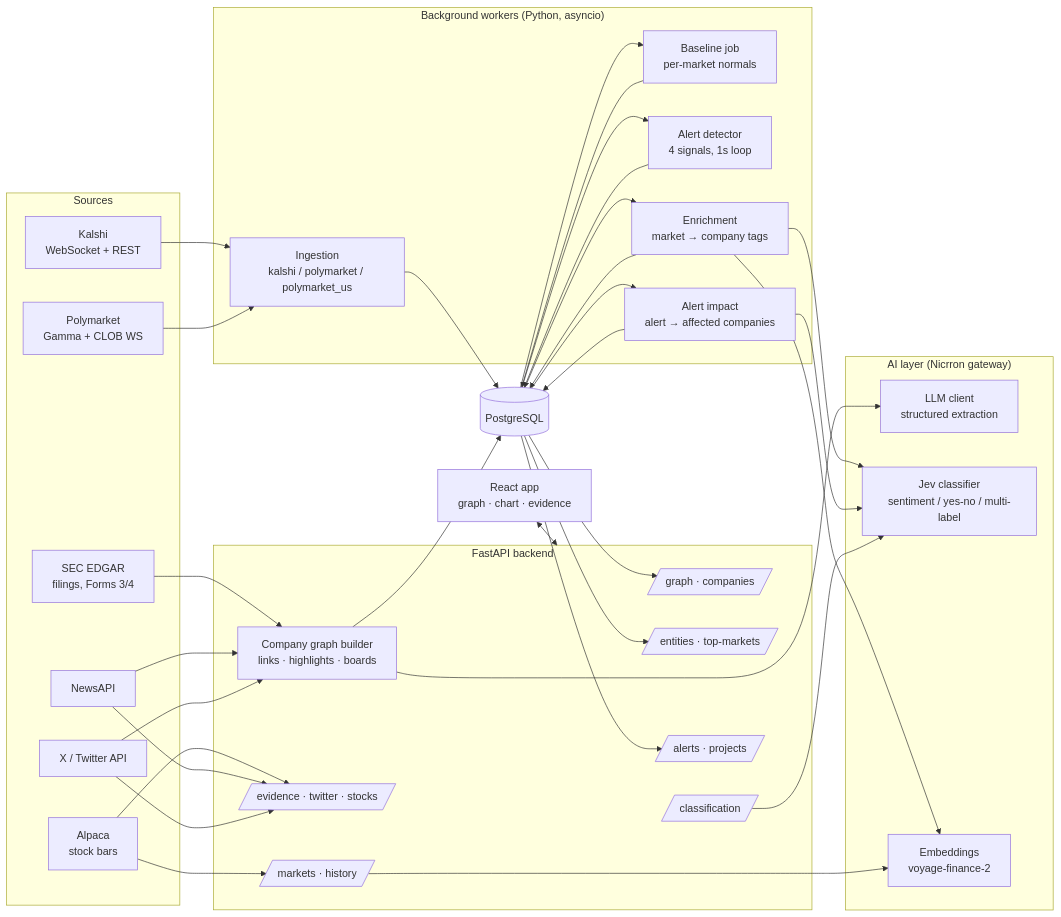
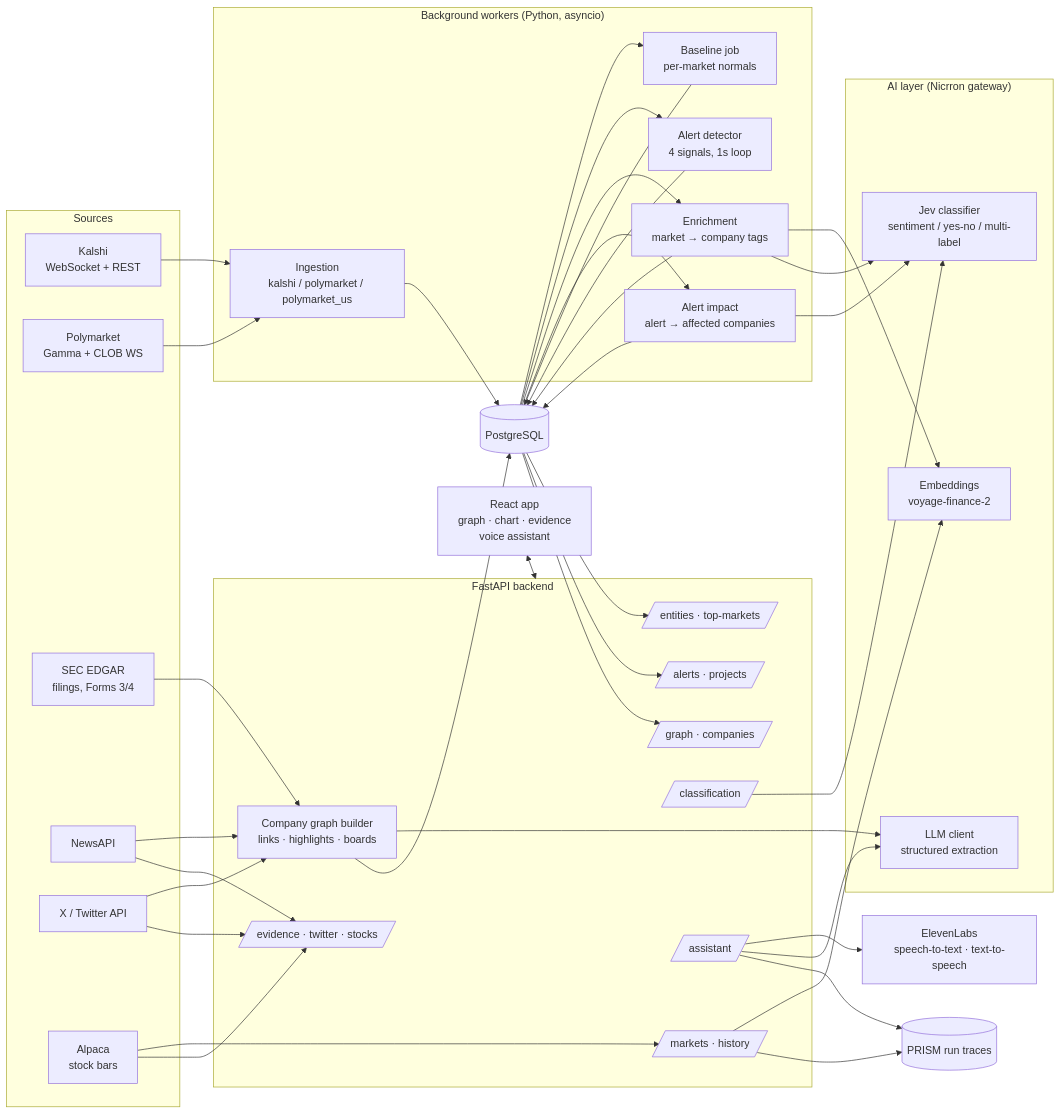
Before and after one commit to 7dracoder/WhatsPoppin: the first of 2 diagrams in README.md, drawn with Mermaid. The commit also changed other lines of this file and 34 other files, not shown here.

First line of the commit message:
Poppy voice assistant, PRISM run tracing, official venue logos

````diff
--- a/README.md
+++ b/README.md
@@ -55,65 +60,72 @@
 ```mermaid
 flowchart LR
     subgraph Sources
         K[Kalshi<br/>WebSocket + REST]
         P[Polymarket<br/>Gamma + CLOB WS]
         SEC[SEC EDGAR<br/>filings, Forms 3/4]
         N[NewsAPI]
         X[X / Twitter API]
         A[Alpaca<br/>stock bars]
     end
 
     subgraph Workers["Background workers (Python, asyncio)"]
         ING[Ingestion<br/>kalshi / polymarket / polymarket_us]
         BASE[Baseline job<br/>per-market normals]
         DET[Alert detector<br/>4 signals, 1s loop]
         ENR[Enrichment<br/>market → company tags]
         IMP[Alert impact<br/>alert → affected companies]
     end
 
     subgraph AI["AI layer (Nicrron gateway)"]
         LLM[LLM client<br/>structured extraction]
         JEV[Jev classifier<br/>sentiment / yes-no / multi-label]
         EMB[Embeddings<br/>voyage-finance-2]
     end
 
     DB[(PostgreSQL)]
 
     subgraph API["FastAPI backend"]
         R1[/graph · companies/]
         R2[/entities · top-markets/]
         R3[/markets · history/]
         R4[/evidence · twitter · stocks/]
         R5[/classification/]
         R6[/alerts · projects/]
+        R7[/assistant/]
         CG[Company graph builder<br/>links · highlights · boards]
     end
 
-    UI[React app<br/>graph · chart · evidence]
+    UI[React app<br/>graph · chart · evidence<br/>voice assistant]
+    EL[ElevenLabs<br/>speech-to-text · text-to-speech]
+    TR[(PRISM run traces)]
 
     K --> ING
     P --> ING
     ING --> DB
     DB --> BASE --> DB
     DB --> DET --> DB
     DB --> ENR --> DB
     DB --> IMP --> DB
     ENR --> EMB
     ENR --> JEV
     IMP --> JEV
     R3 --> EMB
     SEC --> CG
     N --> CG
     X --> CG
     CG --> LLM
     CG --> DB
     A --> R3
     A --> R4
     N --> R4
     X --> R4
     R5 --> JEV
     DB --> R2
     DB --> R6
     DB --> R1
     UI <--> API
+    R7[/assistant/] --> EL
+    R7 --> LLM
+    R7 --> TR
+    R3 --> TR
 ```
````
